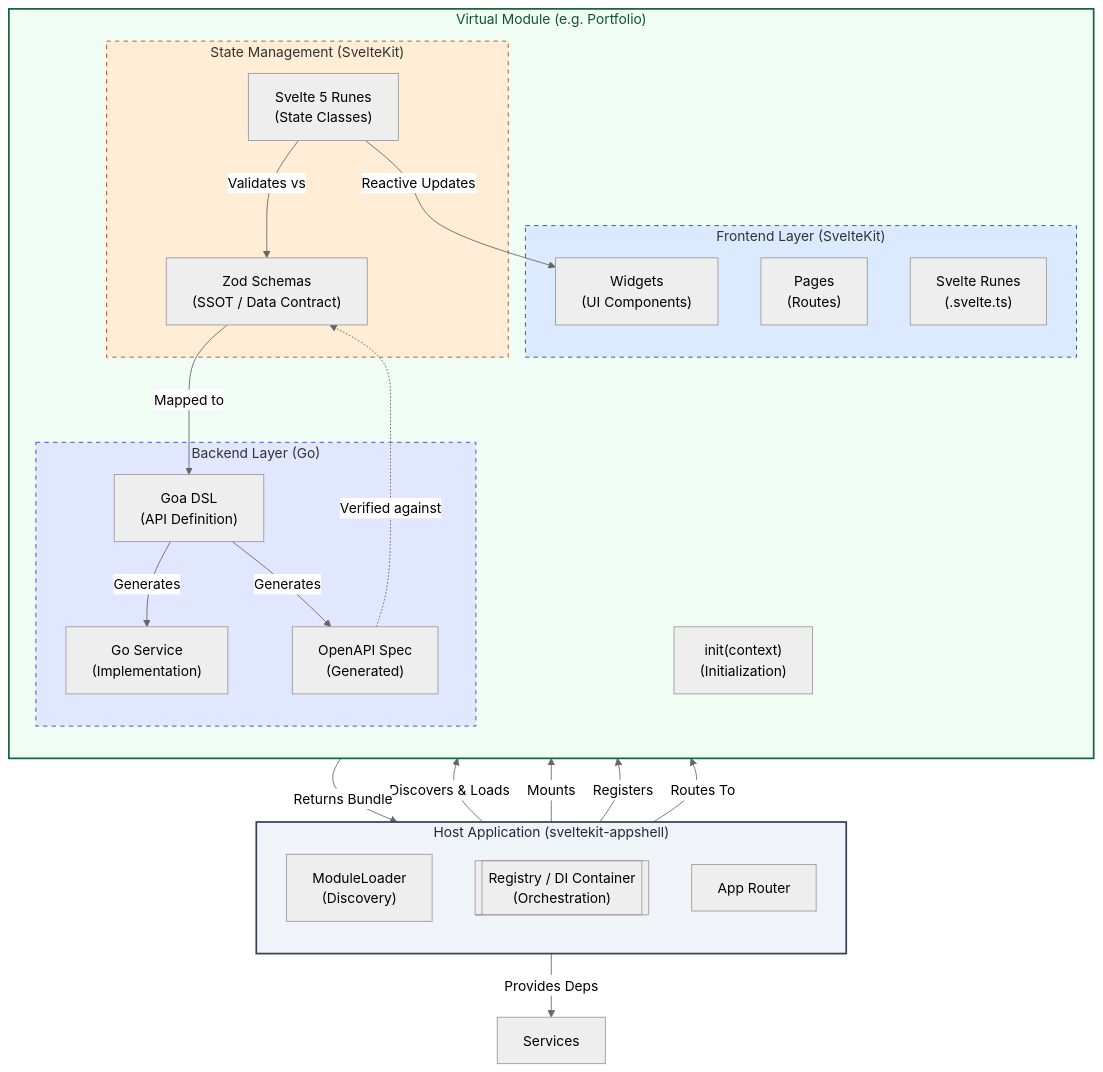
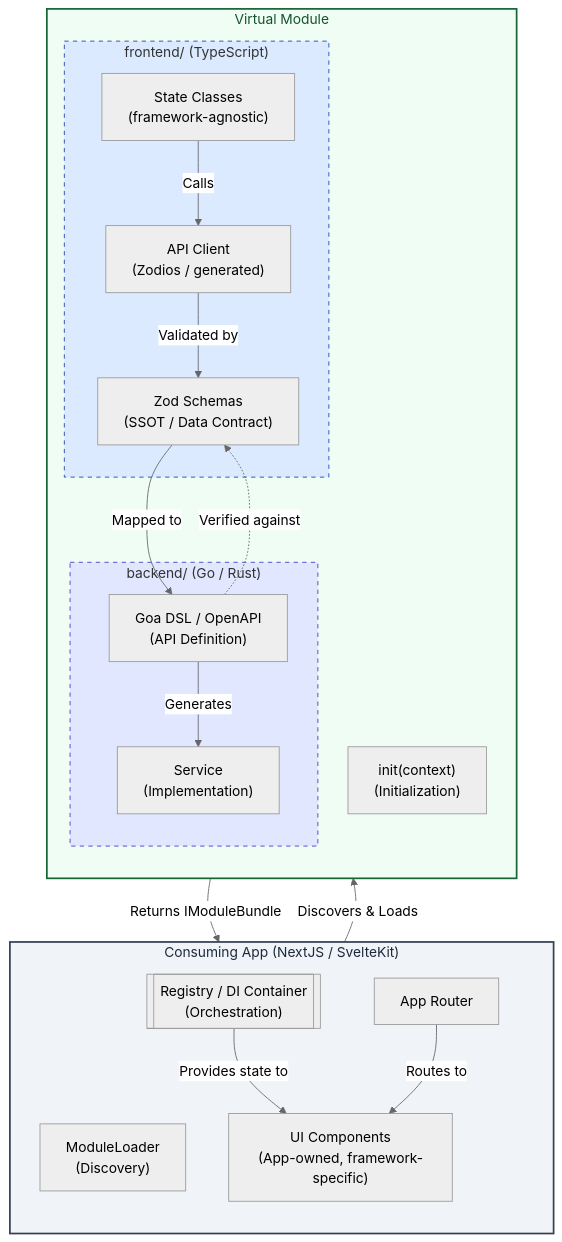
The diagram in docs/VIRTUAL-MODULE-ARCHITECTURE.md (reidlai/virtual-module-core), drawn with Mermaid (neutral theme) before and after one commit. The commit also changed other lines of this file and 1 other file, not shown here.

First line of the commit message:
docs: restructure architecture docs with frontend/backend split and remove UI kit dependency

````diff
--- a/docs/VIRTUAL-MODULE-ARCHITECTURE.md
+++ b/docs/VIRTUAL-MODULE-ARCHITECTURE.md
@@ -19,61 +20,46 @@
 ```mermaid
 flowchart TD
-    %% Subgraph for Host Application
-    subgraph HostApp ["Host Application (sveltekit-appshell)"]
+    %% Host Application
+    subgraph HostApp ["Consuming App (NextJS / SvelteKit)"]
         direction TB
         Loader["ModuleLoader<br/>(Discovery)"]
         Registry[["Registry / DI Container<br/>(Orchestration)"]]
         AppRouter["App Router"]
+        UIComponents["UI Components<br/>(App-owned, framework-specific)"]
     end
 
-    %% Subgraph for Virtual Module
-    subgraph VirtualModule ["Virtual Module (e.g. Portfolio)"]
+    %% Virtual Module
+    subgraph VirtualModule ["Virtual Module"]
         direction TB
         Init["init(context)<br/>(Initialization)"]
 
-        %% Frontend Layer
-        subgraph Frontend ["Frontend Layer (SvelteKit)"]
-            Widgets["Widgets<br/>(UI Components)"]
-            Pages["Pages<br/>(Routes)"]
-            Runes["Svelte Runes<br/>(.svelte.ts)"]
+        subgraph Frontend ["frontend/ (TypeScript)"]
+            States["State Classes<br/>(framework-agnostic)"]
+            Schemas["Zod Schemas<br/>(SSOT / Data Contract)"]
+            APIClient["API Client<br/>(Zodios / generated)"]
         end
 
-        %% Shared Logic
-        subgraph Shared ["State Management (SvelteKit)"]
-            States["Svelte 5 Runes<br/>(State Classes)"]
-            Schemas["Zod Schemas<br/>(SSOT / Data Contract)"]
-        end
-
-        %% Backend Layer
-        subgraph Backend ["Backend Layer (Go)"]
-            GoService["Go Service<br/>(Implementation)"]
-            GoaDSL["Goa DSL<br/>(API Definition)"]
-            OpenAPI["OpenAPI Spec<br/>(Generated)"]
+        subgraph Backend ["backend/ (Go / Rust)"]
+            GoService["Service<br/>(Implementation)"]
+            GoaDSL["Goa DSL / OpenAPI<br/>(API Definition)"]
         end
     end
 
-    %% Lifecycle & Wiring
+    %% Lifecycle
     Loader -- "Discovers & Loads" --> Init
-    Init -- "Returns Bundle" --> Registry
-    Registry -- "Mounts" --> Widgets
-    Registry -- "Registers" --> Pages
-    AppRouter -- "Routes To" --> Pages
-    Registry -- "Provides Deps" --> Services
+    Init -- "Returns IModuleBundle" --> Registry
+    Registry -- "Provides state to" --> UIComponents
+    AppRouter -- "Routes to" --> UIComponents
 
-    %% Internal Module Flow
-    States -- "Validates vs" --> Schemas
-    States -- "Reactive Updates" --> Widgets
+    %% Internal flow
+    States -- "Calls" --> APIClient
+    APIClient -- "Validated by" --> Schemas
     Schemas -- "Mapped to" --> GoaDSL
     GoaDSL -- "Generates" --> GoService
-    GoaDSL -- "Generates" --> OpenAPI
+    GoaDSL -. "Verified against" .-> Schemas
 
-    %% Contract Verification Loop
-    OpenAPI -. "Verified against" .-> Schemas
-
-    %% Styling
     style HostApp fill:#f0f4f8,stroke:#334155,stroke-width:2px,color:#1e293b
     style VirtualModule fill:#f0fdf4,stroke:#166534,stroke-width:2px,color:#14532d
     style Frontend fill:#dbeafe,stroke:#1e40af,stroke-dasharray: 5 5
-    style Shared fill:#ffedd5,stroke:#c2410c,stroke-dasharray: 5 5
     style Backend fill:#e0e7ff,stroke:#4338ca,stroke-dasharray: 5 5
 ```
````
